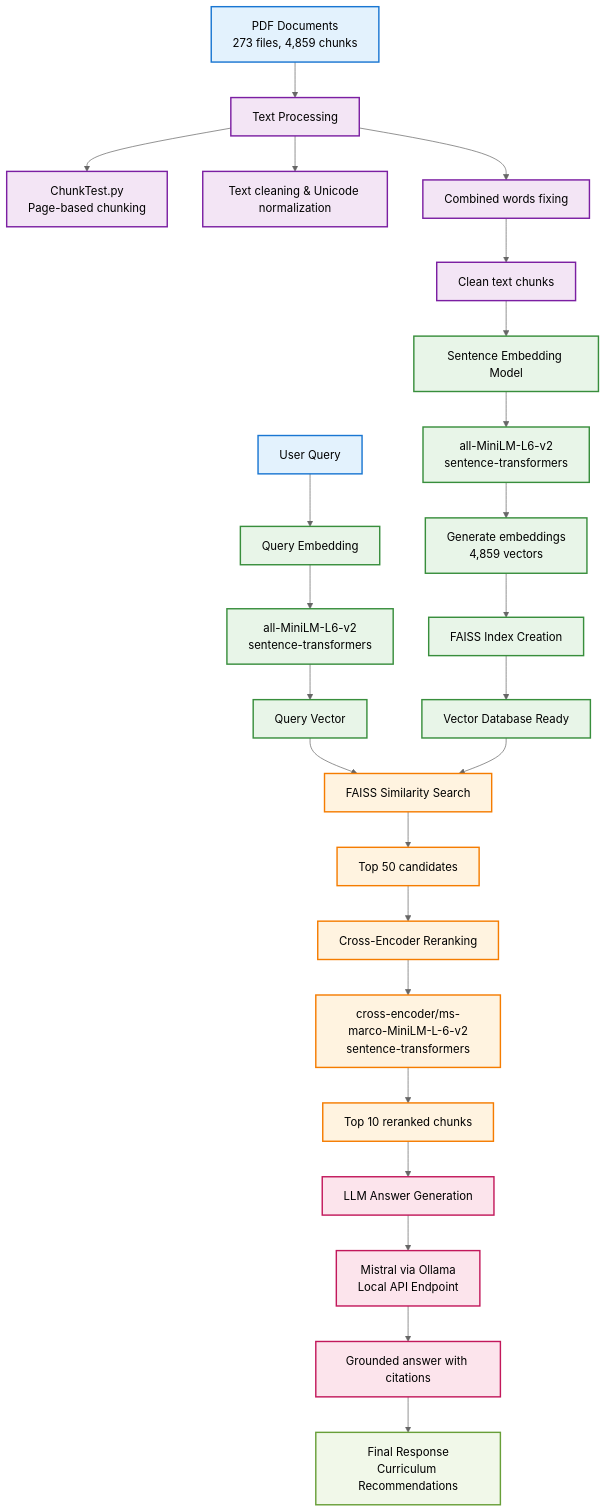
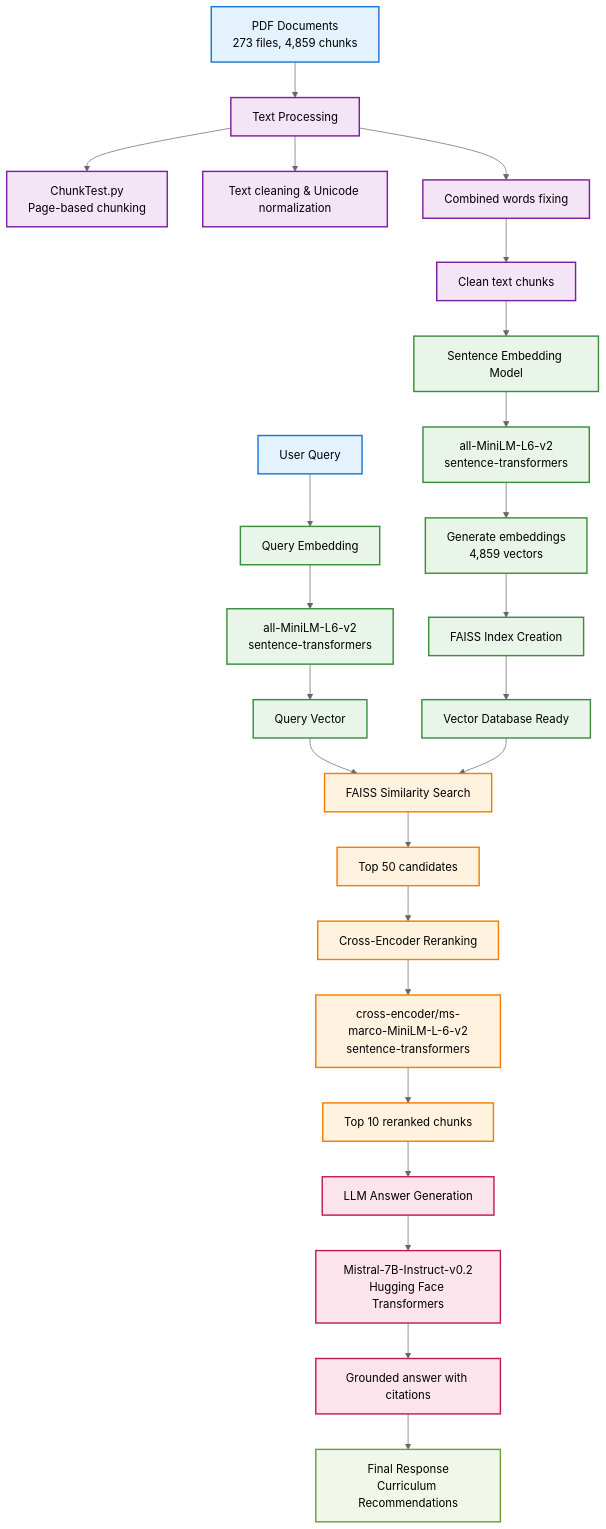
One commit to kevinmastascusa/scaffold_ai changed the first of 6 diagrams in documentation/model_architecture_diagrams.md. Above: the diagram before and after it, drawn with Mermaid (neutral theme). The commit also changed other lines of this file and 25 other files, not shown here.

````diff
--- a/documentation/model_architecture_diagrams.md
+++ b/documentation/model_architecture_diagrams.md
@@ -9,56 +12,56 @@
 ```mermaid
 flowchart TD
     %% Input Stage
     A[PDF Documents<br/>273 files, 4,859 chunks] --> B[Text Processing]
     
     %% Text Processing Stage
     B --> B1[ChunkTest.py<br/>Page-based chunking]
     B --> B2[Text cleaning & Unicode normalization]
     B --> B3[Combined words fixing]
     B3 --> B4[Clean text chunks]
     
     %% Embedding Stage
     B4 --> C[Sentence Embedding Model]
     C --> C1[all-MiniLM-L6-v2<br/>sentence-transformers]
     C1 --> C2[Generate embeddings<br/>4,859 vectors]
     C2 --> C3[FAISS Index Creation]
     C3 --> C4[Vector Database Ready]
     
     %% Query Processing Stage
     D[User Query] --> E[Query Embedding]
     E --> E1[all-MiniLM-L6-v2<br/>sentence-transformers]
     E1 --> E2[Query Vector]
     
     %% Retrieval Stage
     E2 --> F[FAISS Similarity Search]
     C4 --> F
     F --> F1[Top 50 candidates]
     
     %% Reranking Stage
     F1 --> G[Cross-Encoder Reranking]
     G --> G1[cross-encoder/ms-marco-MiniLM-L-6-v2<br/>sentence-transformers]
     G1 --> G2[Top 10 reranked chunks]
     
     %% LLM Answer Generation
     G2 --> H[LLM Answer Generation]
-    H --> H1[Mistral via Ollama<br/>Local API Endpoint]
+    H --> H1[Mistral-7B-Instruct-v0.2<br/>Hugging Face Transformers]
     H1 --> H2[Grounded answer with citations]
     
     %% Output
     H2 --> I[Final Response<br/>Curriculum Recommendations]
     
     %% Styling
     classDef input fill:#e3f2fd,stroke:#1976d2,stroke-width:2px
     classDef processing fill:#f3e5f5,stroke:#7b1fa2,stroke-width:2px
     classDef embedding fill:#e8f5e8,stroke:#388e3c,stroke-width:2px
     classDef retrieval fill:#fff3e0,stroke:#f57c00,stroke-width:2px
     classDef llm fill:#fce4ec,stroke:#c2185b,stroke-width:2px
     classDef output fill:#f1f8e9,stroke:#689f38,stroke-width:2px
     
     class A,D input
     class B,B1,B2,B3,B4 processing
     class C,C1,C2,C3,C4,E,E1,E2 embedding
     class F,F1,G,G1,G2 retrieval
     class H,H1,H2 llm
     class I output
 ```
````
